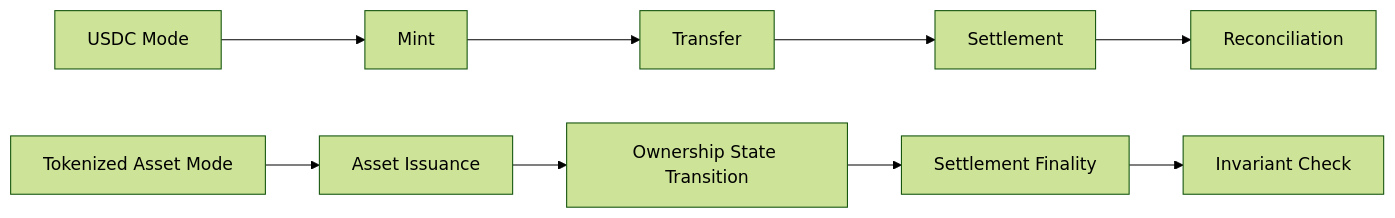
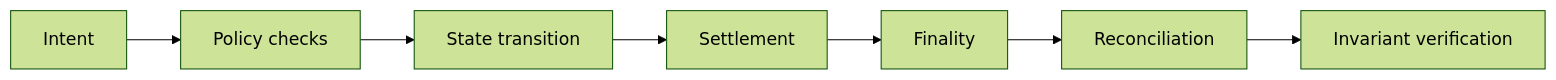
Before and after one commit to AdamMomen/usdc-control-plane: the fourth of 4 diagrams in architecture.md, drawn with Mermaid (forest theme). The commit also changed other lines of this file and 7 other files, not shown here.

Commit message:
Enhance architecture documentation and UI: restructure architecture.md for clarity, add in-app architecture window with links to detailed documentation, and implement validation for Mermaid diagrams. Update package.json to include new dependencies for architecture visualization.

````diff
--- a/architecture.md
+++ b/architecture.md
@@ -239,15 +61,9 @@
 ```mermaid
 flowchart LR
-
-A[USDC Mode]
---> B[Mint]
---> C[Transfer]
---> D[Settlement]
---> E[Reconciliation]
-
-F[Tokenized Asset Mode]
---> G[Asset Issuance]
---> H[Ownership State Transition]
---> I[Settlement Finality]
---> J[Invariant Check]
+  a[Intent] --> b[Policy checks]
+  b --> c[State transition]
+  c --> d[Settlement]
+  d --> e[Finality]
+  e --> f[Reconciliation]
+  f --> g[Invariant verification]
 ```
````
